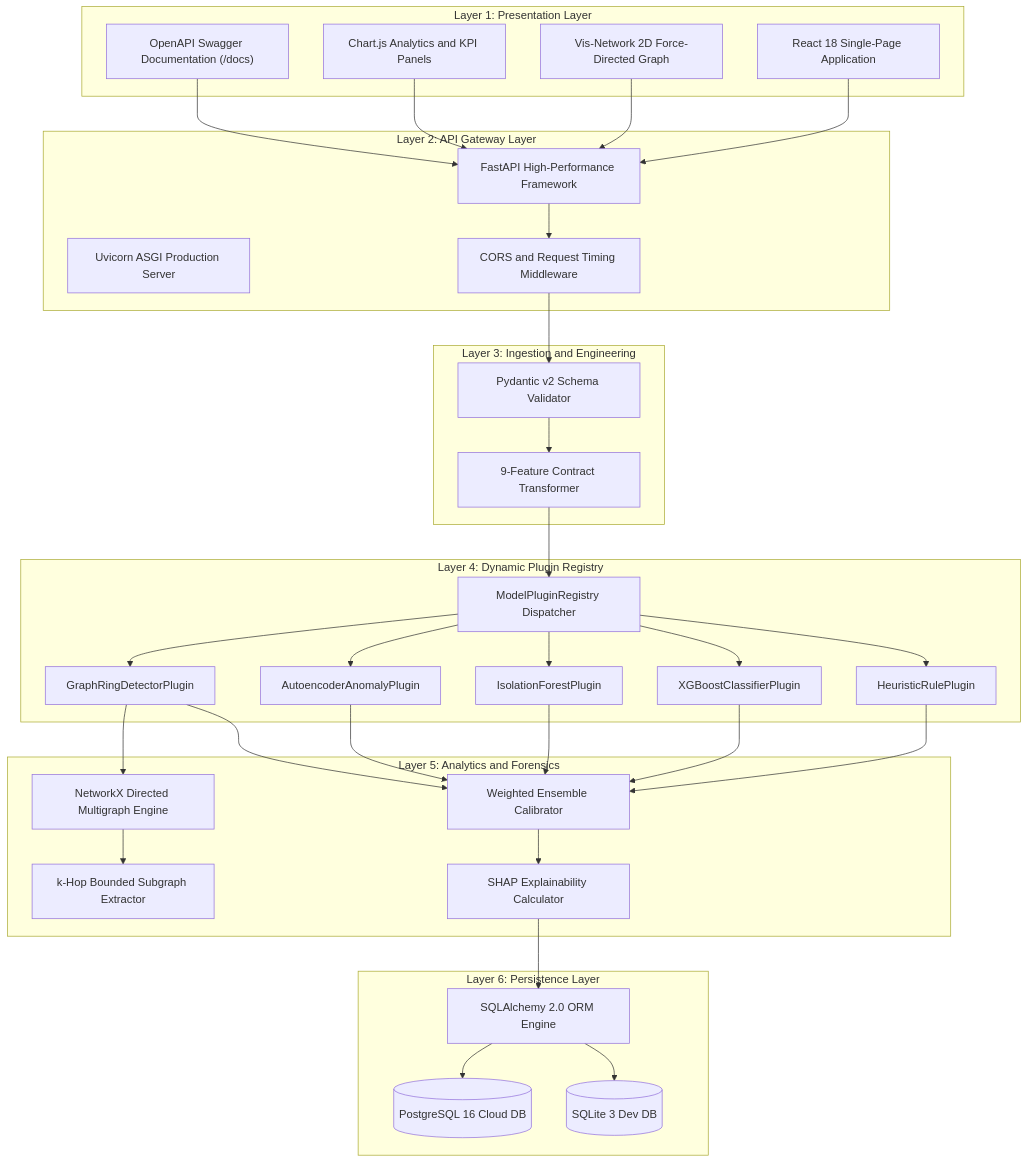
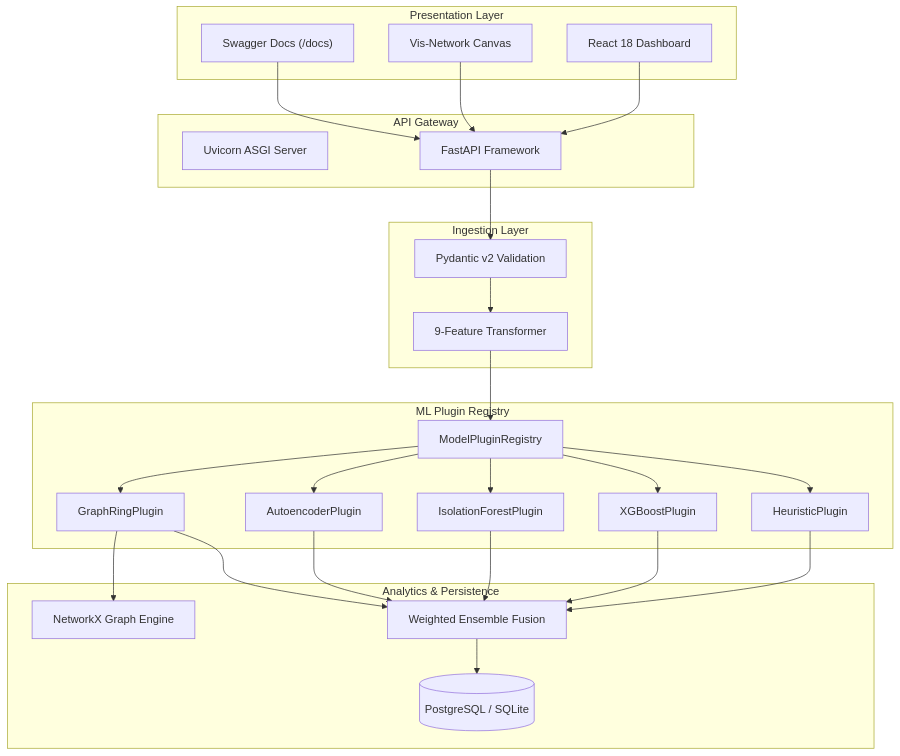
Before and after one commit to BharathKumar113/anti_money_laundering: the fifth of 14 diagrams in documentation.md, drawn with Mermaid. The commit also changed other lines of this file, not shown here.

Commit message:
docs: finalize full-length academic documentation with dual-rendered UML and architecture diagrams

````diff
--- a/documentation.md
+++ b/documentation.md
@@ -291,71 +366,48 @@
 ```mermaid
 flowchart TD
-    subgraph Layer1["Layer 1: Presentation Layer"]
-        SPA["React 18 Single-Page Application"]
-        Canvas["Vis-Network 2D Force-Directed Graph"]
-        Charts["Chart.js Analytics and KPI Panels"]
-        Swagger["OpenAPI Swagger Documentation (/docs)"]
+    subgraph L1["Presentation Layer"]
+        SPA["React 18 Dashboard"]
+        Canvas["Vis-Network Canvas"]
+        Docs["Swagger Docs (/docs)"]
     end
-
-    subgraph Layer2["Layer 2: API Gateway Layer"]
-        FastAPI["FastAPI High-Performance Framework"]
-        Uvicorn["Uvicorn ASGI Production Server"]
-        Middleware["CORS and Request Timing Middleware"]
+    subgraph L2["API Gateway"]
+        Uvicorn["Uvicorn ASGI Server"]
+        FastAPI["FastAPI Framework"]
     end
-
-    subgraph Layer3["Layer 3: Ingestion and Engineering"]
-        Pydantic["Pydantic v2 Schema Validator"]
-        Transform["9-Feature Contract Transformer"]
+    subgraph L3["Ingestion Layer"]
+        Pydantic["Pydantic v2 Validation"]
+        Transformer["9-Feature Transformer"]
     end
-
-    subgraph Layer4["Layer 4: Dynamic Plugin Registry"]
-        Registry["ModelPluginRegistry Dispatcher"]
-        P1["HeuristicRulePlugin"]
-        P2["XGBoostClassifierPlugin"]
-        P3["IsolationForestPlugin"]
-        P4["AutoencoderAnomalyPlugin"]
-        P5["GraphRingDetectorPlugin"]
+    subgraph L4["ML Plugin Registry"]
+        Registry["ModelPluginRegistry"]
+        P_Rules["HeuristicPlugin"]
+        P_XGB["XGBoostPlugin"]
+        P_Iso["IsolationForestPlugin"]
+        P_AE["AutoencoderPlugin"]
+        P_Graph["GraphRingPlugin"]
     end
-
-    subgraph Layer5["Layer 5: Analytics and Forensics"]
-        NetworkX["NetworkX Directed Multigraph Engine"]
-        Subgraphs["k-Hop Bounded Subgraph Extractor"]
-        Fusion["Weighted Ensemble Calibrator"]
-        SHAP["SHAP Explainability Calculator"]
-    end
-
-    subgraph Layer6["Layer 6: Persistence Layer"]
-        SQLAlchemy["SQLAlchemy 2.0 ORM Engine"]
-        Postgres[("PostgreSQL 16 Cloud DB")]
-        SQLite[("SQLite 3 Dev DB")]
+    subgraph L5["Analytics & Persistence"]
+        NetworkX["NetworkX Graph Engine"]
+        Fusion["Weighted Ensemble Fusion"]
+        DB[("PostgreSQL / SQLite")]
     end
 
     SPA --> FastAPI
     Canvas --> FastAPI
-    Charts --> FastAPI
-    Swagger --> FastAPI
-    FastAPI --> Middleware
-    Middleware --> Pydantic
-    Pydantic --> Transform
-    Transform --> Registry
-
-    Registry --> P1
-    Registry --> P2
-    Registry --> P3
-    Registry --> P4
-    Registry --> P5
-
-    P5 --> NetworkX
-    NetworkX --> Subgraphs
-
-    P1 --> Fusion
-    P2 --> Fusion
-    P3 --> Fusion
-    P4 --> Fusion
-    P5 --> Fusion
-
-    Fusion --> SHAP
-    SHAP --> SQLAlchemy
-    SQLAlchemy --> Postgres
-    SQLAlchemy --> SQLite
+    Docs --> FastAPI
+    FastAPI --> Pydantic
+    Pydantic --> Transformer
+    Transformer --> Registry
+    Registry --> P_Rules
+    Registry --> P_XGB
+    Registry --> P_Iso
+    Registry --> P_AE
+    Registry --> P_Graph
+    P_Graph --> NetworkX
+    P_Rules --> Fusion
+    P_XGB --> Fusion
+    P_Iso --> Fusion
+    P_AE --> Fusion
+    P_Graph --> Fusion
+    Fusion --> DB
 ```
````
